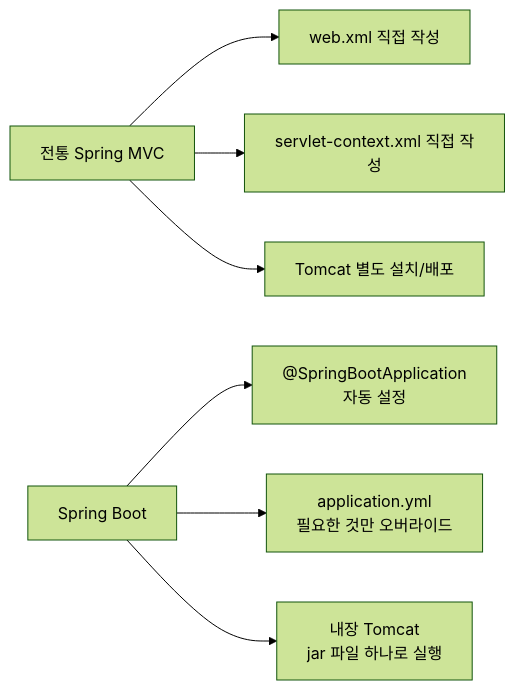
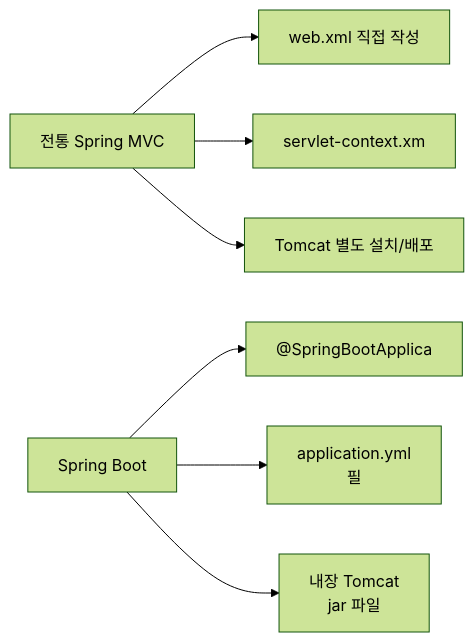
Diagram 14 of 14 in _posts/spring/2026-05-02-spring-mvc-deep.md (yjkim2015/yjkim2015.github.io), drawn with Mermaid (forest theme) before and after one commit. The commit also changed other lines of this file and 271 other files, not shown here.

First line of the commit message:
Mermaid 라벨 축소: 긴 노드 텍스트 18자 이하로 트림 + \n 제거

````diff
--- a/_posts/spring/2026-05-02-spring-mvc-deep.md
+++ b/_posts/spring/2026-05-02-spring-mvc-deep.md
@@ -817,11 +817,11 @@
 ```mermaid
 graph LR
     OLD["전통 Spring MVC"]
     NEW["Spring Boot"]
     OLD --> O1["web.xml 직접 작성"]
-    OLD --> O2["servlet-context.xml 직접 작성"]
+    OLD --> O2["servlet-context.xm"]
     OLD --> O3["Tomcat 별도 설치/배포"]
-    NEW --> N1["@SpringBootApplication\n자동 설정"]
-    NEW --> N2["application.yml\n필요한 것만 오버라이드"]
-    NEW --> N3["내장 Tomcat\njar 파일 하나로 실행"]
+    NEW --> N1["@SpringBootApplica"]
+    NEW --> N2["application.yml\n필"]
+    NEW --> N3["내장 Tomcat\njar 파일"]
 ```
````
